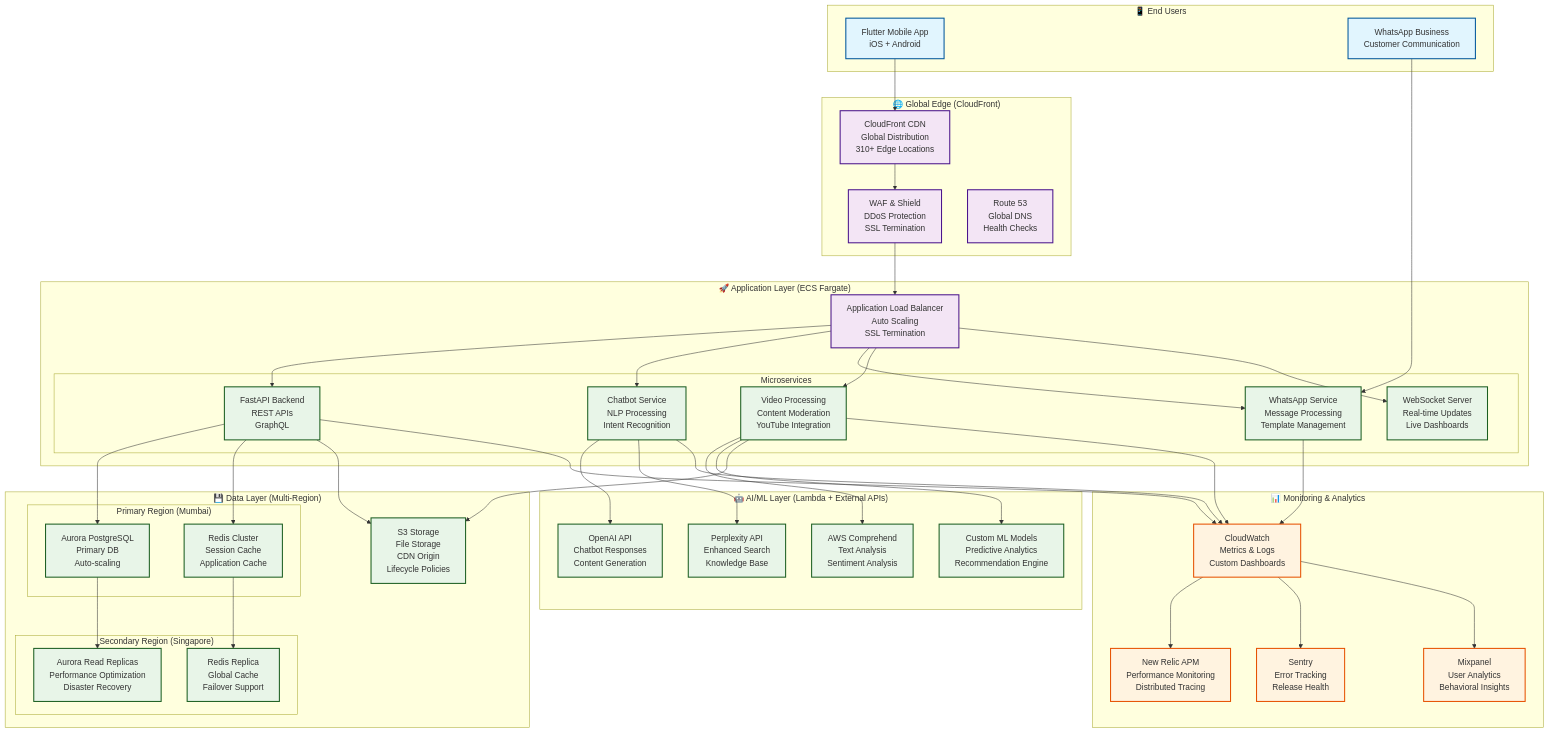
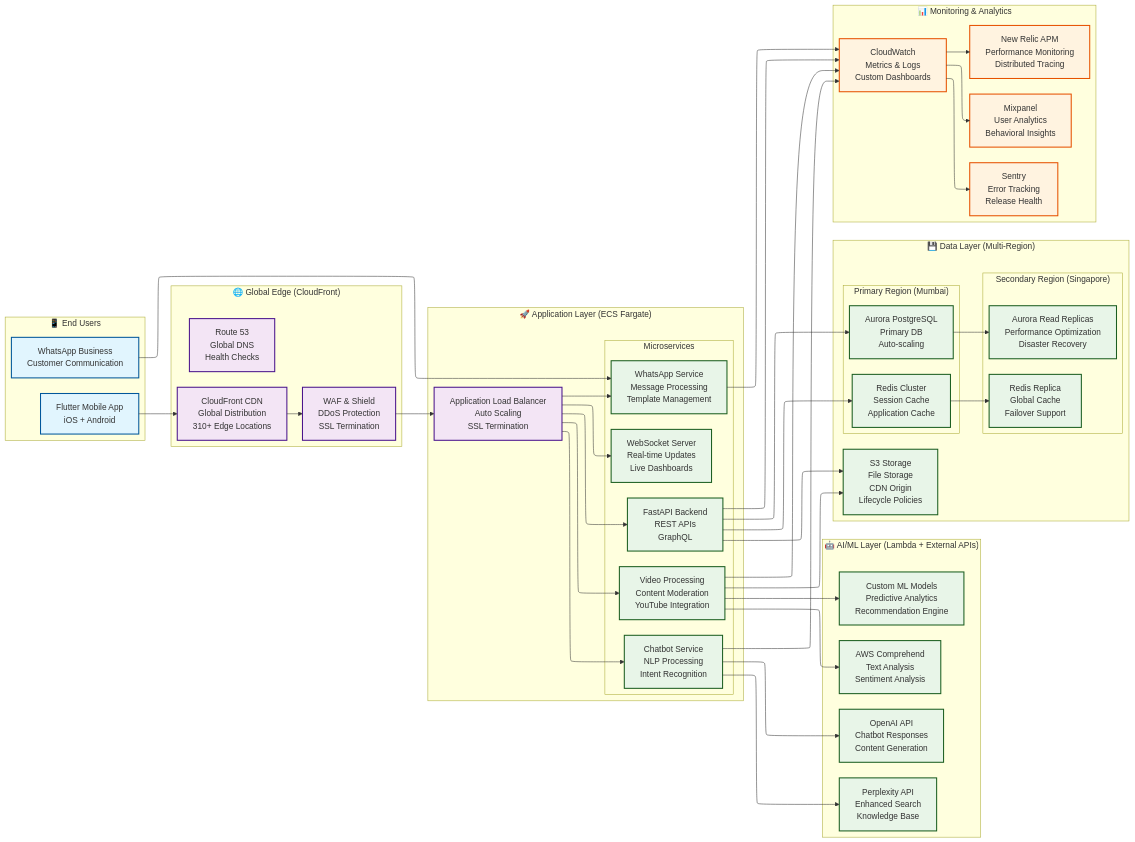
The first of 11 diagrams in discovery/deployment/deployment-design.md (manizvlabs/agentmitra), drawn with Mermaid before and after one commit. The commit also changed other lines of this file and 114 other files, not shown here.

````diff
--- a/discovery/deployment/deployment-design.md
+++ b/discovery/deployment/deployment-design.md
@@ -41,105 +41,92 @@
 ```mermaid
-graph TB
-    %% User Layer
-    subgraph "📱 End Users"
-        Mobile[Flutter Mobile App<br/>iOS + Android]
-        WhatsApp[WhatsApp Business<br/>Customer Communication]
-    end
-
-    %% Global Edge
-    subgraph "🌐 Global Edge (CloudFront)"
-        CDN[CloudFront CDN<br/>Global Distribution<br/>310+ Edge Locations]
-        WAF[WAF & Shield<br/>DDoS Protection<br/>SSL Termination]
-        Route53[Route 53<br/>Global DNS<br/>Health Checks]
-    end
-
-    %% Application Layer
-    subgraph "🚀 Application Layer (ECS Fargate)"
-        ALB[Application Load Balancer<br/>Auto Scaling<br/>SSL Termination]
-
-        subgraph "Microservices"
-            API[FastAPI Backend<br/>REST APIs<br/>GraphQL]
-            Chatbot[Chatbot Service<br/>NLP Processing<br/>Intent Recognition]
-            WhatsAppSvc[WhatsApp Service<br/>Message Processing<br/>Template Management]
-            VideoSvc[Video Processing<br/>Content Moderation<br/>YouTube Integration]
-            RealtimeSvc[WebSocket Server<br/>Real-time Updates<br/>Live Dashboards]
-        end
-    end
-
-    %% AI/ML Layer
-    subgraph "🤖 AI/ML Layer (Lambda + External APIs)"
-        OpenAI[OpenAI API<br/>Chatbot Responses<br/>Content Generation]
-        Perplexity[Perplexity API<br/>Enhanced Search<br/>Knowledge Base]
-        AWSComprehend[AWS Comprehend<br/>Text Analysis<br/>Sentiment Analysis]
-        CustomML[Custom ML Models<br/>Predictive Analytics<br/>Recommendation Engine]
-    end
-
-    %% Data Layer
-    subgraph "💾 Data Layer (Multi-Region)"
-        subgraph "Primary Region (Mumbai)"
-            AuroraPrimary[Aurora PostgreSQL<br/>Primary DB<br/>Auto-scaling]
-            RedisPrimary[Redis Cluster<br/>Session Cache<br/>Application Cache]
-        end
-
-        subgraph "Secondary Region (Singapore)"
-            AuroraReplica[Aurora Read Replicas<br/>Performance Optimization<br/>Disaster Recovery]
-            RedisReplica[Redis Replica<br/>Global Cache<br/>Failover Support]
-        end
-
-        S3[S3 Storage<br/>File Storage<br/>CDN Origin<br/>Lifecycle Policies]
-    end
-
-    %% Monitoring & Analytics
-    subgraph "📊 Monitoring & Analytics"
-        CloudWatch[CloudWatch<br/>Metrics & Logs<br/>Custom Dashboards]
-        NewRelic[New Relic APM<br/>Performance Monitoring<br/>Distributed Tracing]
-        Sentry[Sentry<br/>Error Tracking<br/>Release Health]
-        Mixpanel[Mixpanel<br/>User Analytics<br/>Behavioral Insights]
-    end
-
-    %% Connections
+---
+config:
+  layout: elk
+---
+flowchart LR
+ subgraph subGraph0["📱 End Users"]
+        Mobile["Flutter Mobile App<br>iOS + Android"]
+        WhatsApp["WhatsApp Business<br>Customer Communication"]
+  end
+ subgraph subGraph1["🌐 Global Edge (CloudFront)"]
+        CDN["CloudFront CDN<br>Global Distribution<br>310+ Edge Locations"]
+        WAF["WAF &amp; Shield<br>DDoS Protection<br>SSL Termination"]
+        Route53["Route 53<br>Global DNS<br>Health Checks"]
+  end
+ subgraph Microservices["Microservices"]
+        API["FastAPI Backend<br>REST APIs<br>GraphQL"]
+        Chatbot["Chatbot Service<br>NLP Processing<br>Intent Recognition"]
+        WhatsAppSvc["WhatsApp Service<br>Message Processing<br>Template Management"]
+        VideoSvc["Video Processing<br>Content Moderation<br>YouTube Integration"]
+        RealtimeSvc["WebSocket Server<br>Real-time Updates<br>Live Dashboards"]
+  end
+ subgraph subGraph3["🚀 Application Layer (ECS Fargate)"]
+        ALB["Application Load Balancer<br>Auto Scaling<br>SSL Termination"]
+        Microservices
+  end
+ subgraph subGraph4["🤖 AI/ML Layer (Lambda + External APIs)"]
+        OpenAI["OpenAI API<br>Chatbot Responses<br>Content Generation"]
+        Perplexity["Perplexity API<br>Enhanced Search<br>Knowledge Base"]
+        AWSComprehend["AWS Comprehend<br>Text Analysis<br>Sentiment Analysis"]
+        CustomML["Custom ML Models<br>Predictive Analytics<br>Recommendation Engine"]
+  end
+ subgraph subGraph5["Primary Region (Mumbai)"]
+        AuroraPrimary["Aurora PostgreSQL<br>Primary DB<br>Auto-scaling"]
+        RedisPrimary["Redis Cluster<br>Session Cache<br>Application Cache"]
+  end
+ subgraph subGraph6["Secondary Region (Singapore)"]
+        AuroraReplica["Aurora Read Replicas<br>Performance Optimization<br>Disaster Recovery"]
+        RedisReplica["Redis Replica<br>Global Cache<br>Failover Support"]
+  end
+ subgraph subGraph7["💾 Data Layer (Multi-Region)"]
+        subGraph5
+        subGraph6
+        S3["S3 Storage<br>File Storage<br>CDN Origin<br>Lifecycle Policies"]
+  end
+ subgraph subGraph8["📊 Monitoring & Analytics"]
+        CloudWatch["CloudWatch<br>Metrics &amp; Logs<br>Custom Dashboards"]
+        NewRelic["New Relic APM<br>Performance Monitoring<br>Distributed Tracing"]
+        Sentry["Sentry<br>Error Tracking<br>Release Health"]
+        Mixpanel["Mixpanel<br>User Analytics<br>Behavioral Insights"]
+  end
     Mobile --> CDN
     WhatsApp --> WhatsAppSvc
     CDN --> WAF
     WAF --> ALB
-    ALB --> API
-    ALB --> Chatbot
-    ALB --> WhatsAppSvc
-    ALB --> VideoSvc
-    ALB --> RealtimeSvc
-
-    API --> AuroraPrimary
-    API --> RedisPrimary
-    Chatbot --> OpenAI
-    Chatbot --> Perplexity
-    VideoSvc --> AWSComprehend
-    VideoSvc --> CustomML
-
+    ALB --> API & Chatbot & WhatsAppSvc & VideoSvc & RealtimeSvc
+    API --> AuroraPrimary & RedisPrimary & S3 & CloudWatch
+    Chatbot --> OpenAI & Perplexity & CloudWatch
+    VideoSvc --> AWSComprehend & CustomML & S3 & CloudWatch
     AuroraPrimary --> AuroraReplica
     RedisPrimary --> RedisReplica
-
-    API --> S3
-    VideoSvc --> S3
-
-    API --> CloudWatch
-    Chatbot --> CloudWatch
     WhatsAppSvc --> CloudWatch
-    VideoSvc --> CloudWatch
-
-    CloudWatch --> NewRelic
-    CloudWatch --> Sentry
-    CloudWatch --> Mixpanel
-
-    %% Styling
+    CloudWatch --> NewRelic & Sentry & Mixpanel
+     Mobile:::primary
+     WhatsApp:::primary
+     CDN:::secondary
+     WAF:::secondary
+     Route53:::secondary
+     API:::infra
+     Chatbot:::infra
+     WhatsAppSvc:::infra
+     VideoSvc:::infra
+     RealtimeSvc:::infra
+     ALB:::secondary
+     OpenAI:::infra
+     Perplexity:::infra
+     AWSComprehend:::infra
+     CustomML:::infra
+     AuroraPrimary:::infra
+     RedisPrimary:::infra
+     AuroraReplica:::infra
+     RedisReplica:::infra
+     S3:::infra
+     CloudWatch:::monitoring
+     NewRelic:::monitoring
+     Sentry:::monitoring
+     Mixpanel:::monitoring
     classDef primary fill:#e1f5fe,stroke:#01579b,stroke-width:2px
     classDef secondary fill:#f3e5f5,stroke:#4a148c,stroke-width:2px
     classDef infra fill:#e8f5e8,stroke:#1b5e20,stroke-width:2px
     classDef monitoring fill:#fff3e0,stroke:#e65100,stroke-width:2px
-
-    class Mobile,WhatsApp primary
-    class CDN,WAF,Route53,ALB secondary
-    class API,Chatbot,WhatsAppSvc,VideoSvc,RealtimeSvc infra
-    class OpenAI,Perplexity,AWSComprehend,CustomML infra
-    class AuroraPrimary,RedisPrimary,AuroraReplica,RedisReplica,S3 infra
-    class CloudWatch,NewRelic,Sentry,Mixpanel monitoring
 ```
````
